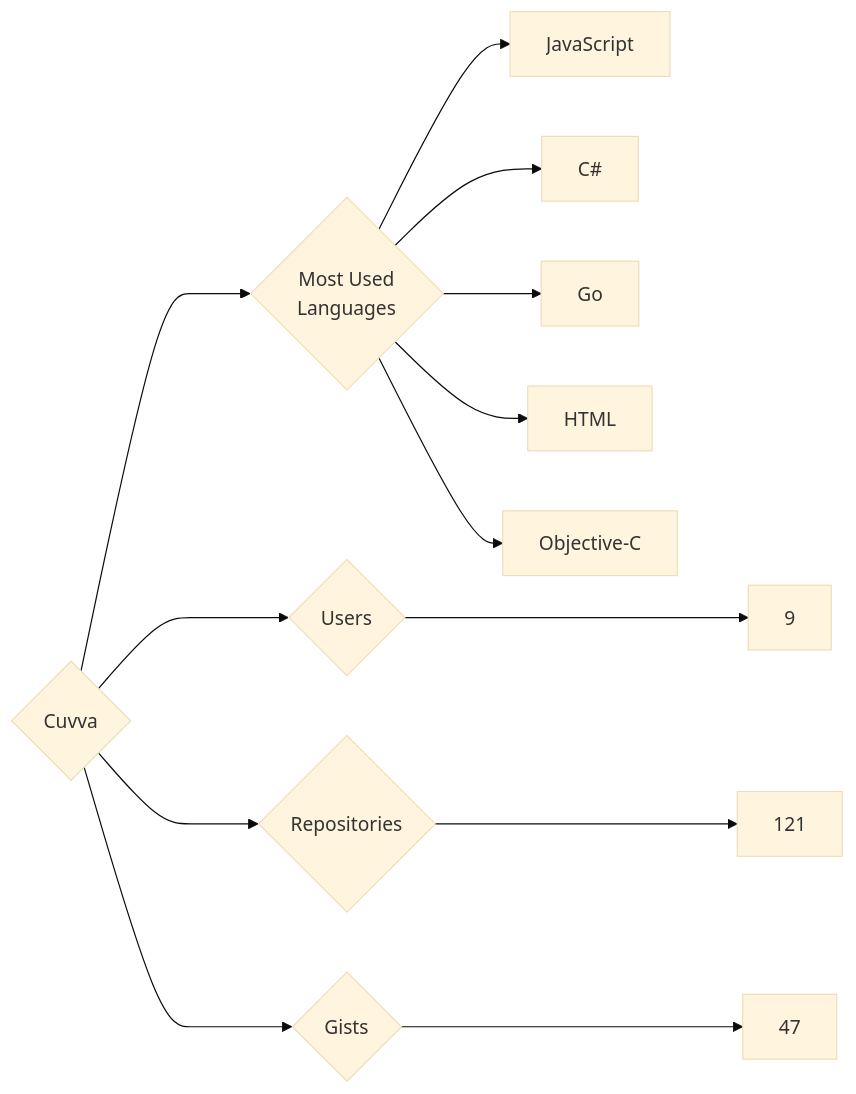
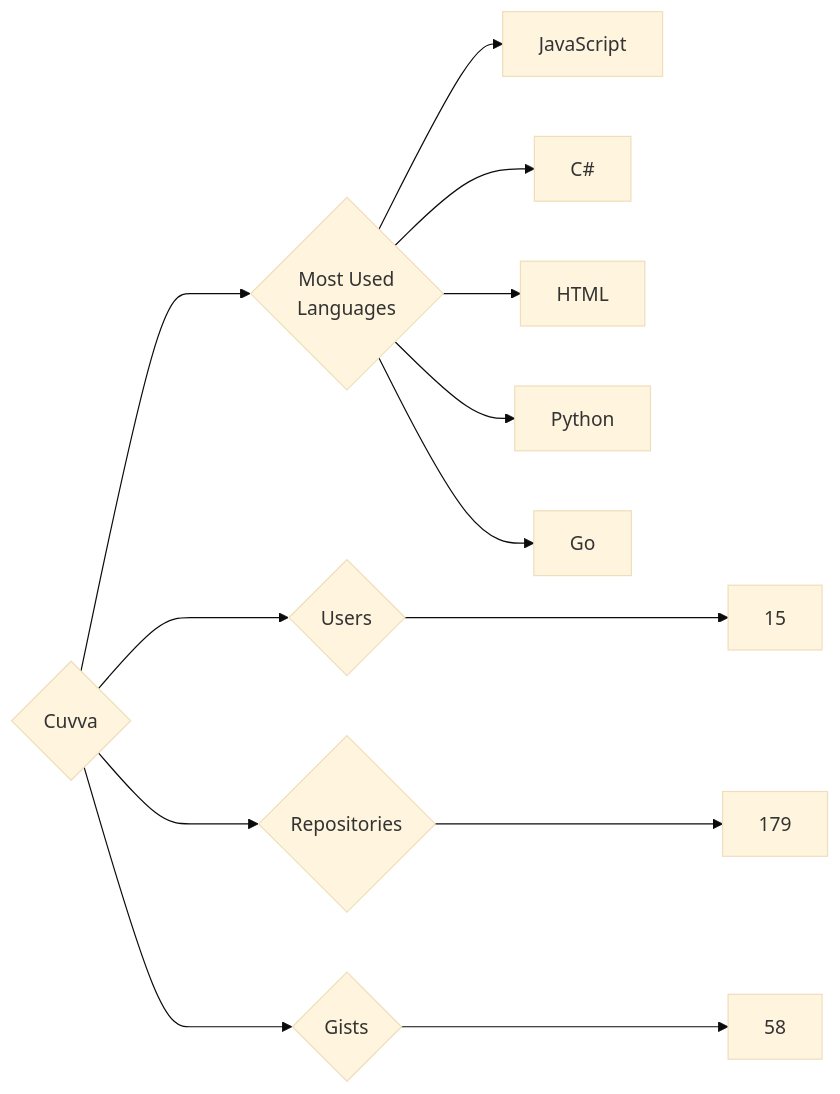
One commit to trickest/insiders changed the diagram in targets/Cuvva/README.md. Above: the diagram before and after it, drawn with Mermaid (base theme). The commit also changed 823 other files, not shown here.

````diff
--- a/targets/Cuvva/README.md
+++ b/targets/Cuvva/README.md
@@ -3,13 +3,13 @@
 ```mermaid
 graph LR
 COMPANY_NAME{Cuvva}
-COMPANY_NAME ---> U{Users} ---> UN[9]
-COMPANY_NAME ---> R{Repositories} ---> RN[121]
-COMPANY_NAME ---> G{Gists} ---> GN[47]
+COMPANY_NAME ---> U{Users} ---> UN[15]
+COMPANY_NAME ---> R{Repositories} ---> RN[179]
+COMPANY_NAME ---> G{Gists} ---> GN[58]
 COMPANY_NAME ---> ML{Most Used<br>Languages}
 ML --> JavaScript[JavaScript]
 ML --> C#[C#]
+ML --> HTML[HTML]
+ML --> Python[Python]
 ML --> Go[Go]
-ML --> HTML[HTML]
-ML --> Objective-C[Objective-C]
 ```
````
